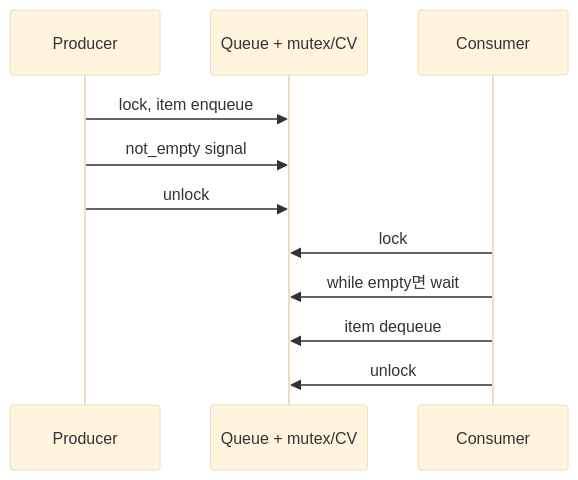
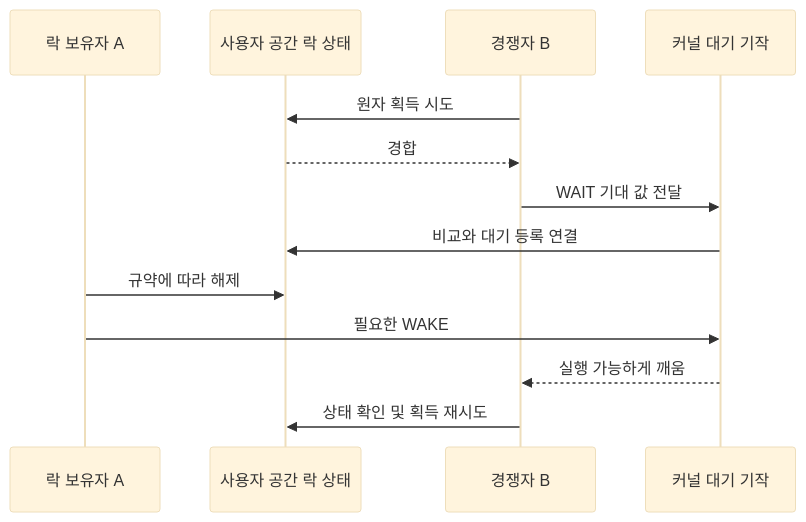
The third of 3 diagrams in learning/operating-systems/03-synchronization.md (mj006648/netai-devsecops-runbook), drawn with Mermaid (base theme) before and after one commit. The commit also changed other lines of this file and 8 other files, not shown here.

````diff
--- a/learning/operating-systems/03-synchronization.md
+++ b/learning/operating-systems/03-synchronization.md
@@ -31,13 +385,15 @@
 ```mermaid
 sequenceDiagram
-    participant A as Producer
-    participant Q as Queue + mutex/CV
-    participant B as Consumer
-    A->>Q: lock, item enqueue
-    A->>Q: not_empty signal
-    A->>Q: unlock
-    B->>Q: lock
-    B->>Q: while empty면 wait
-    B->>Q: item dequeue
-    B->>Q: unlock
+    participant A as 락 보유자 A
+    participant L as 사용자 공간 락 상태
+    participant B as 경쟁자 B
+    participant K as 커널 대기 기작
+    B->>L: 원자 획득 시도
+    L-->>B: 경합
+    B->>K: WAIT 기대 값 전달
+    K->>L: 비교와 대기 등록 연결
+    A->>L: 규약에 따라 해제
+    A->>K: 필요한 WAKE
+    K-->>B: 실행 가능하게 깨움
+    B->>L: 상태 확인 및 획득 재시도
 ```
````
